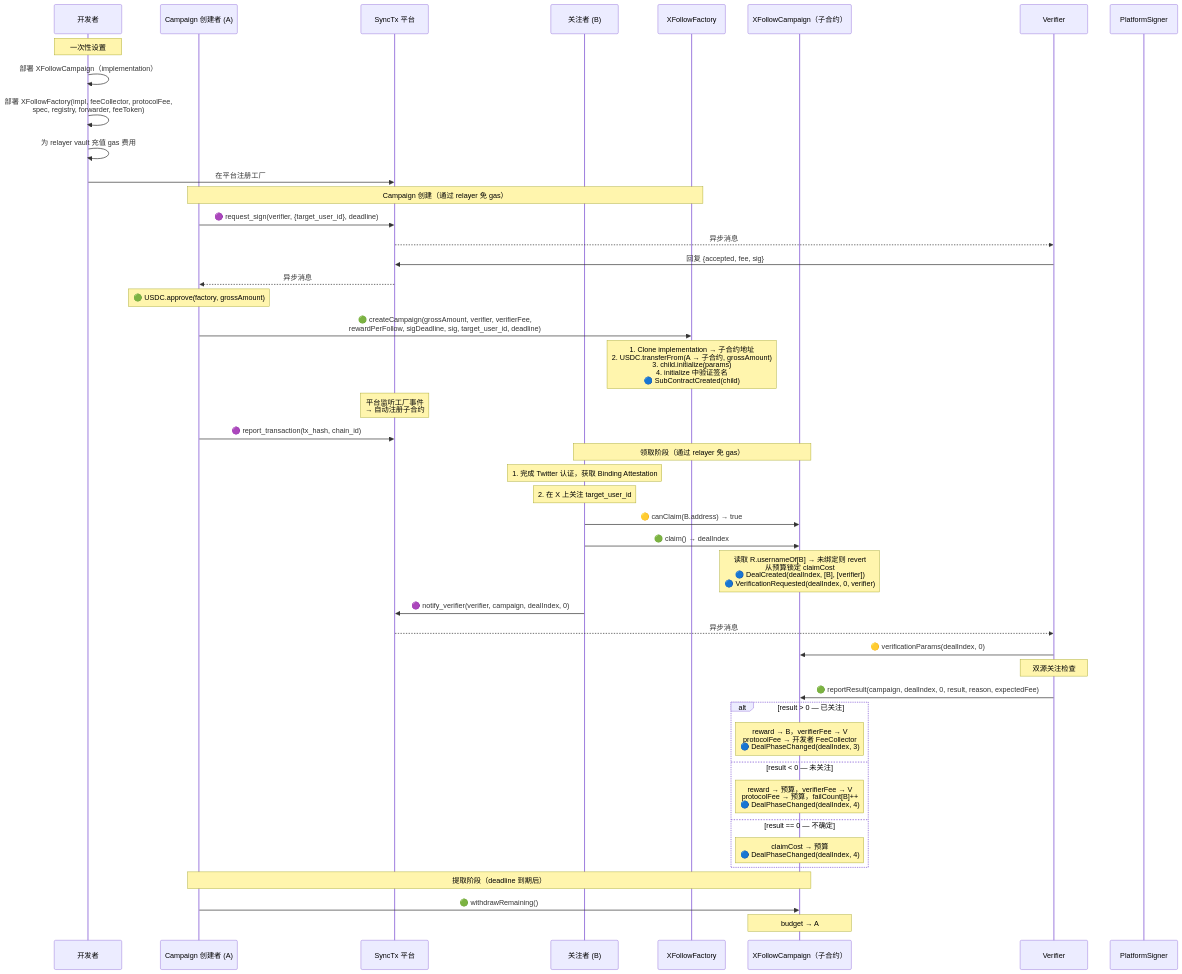
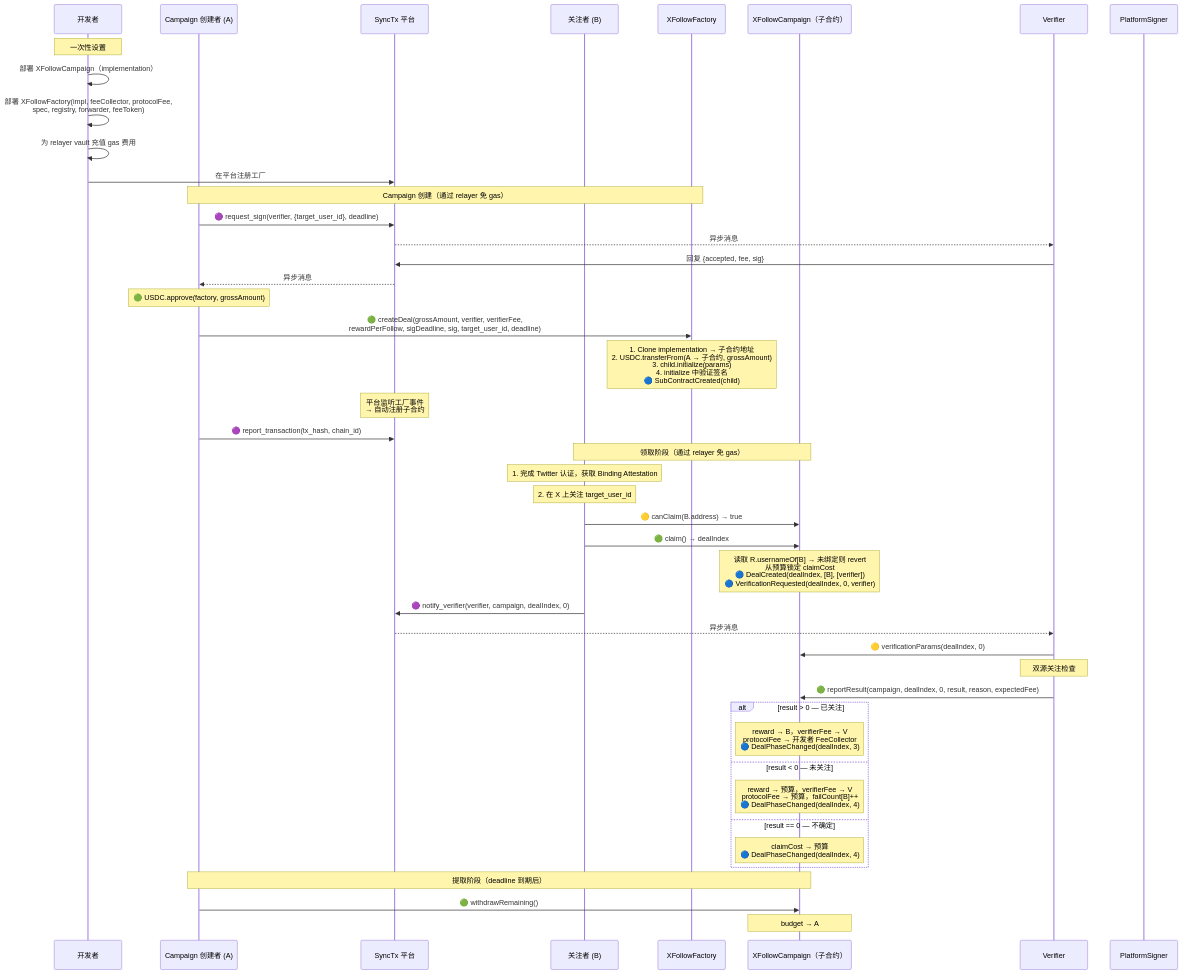
The first of 2 diagrams in examples/x-follow/x-follow-design-zh.md (synctxai/synctx), drawn with Mermaid before and after one commit. The commit also changed other lines of this file and 3 other files, not shown here.

First line of the commit message:
fix(x-follow): userId dedup, closeCampaign, constructor lock, reentrancy guards

````diff
--- a/examples/x-follow/x-follow-design-zh.md
+++ b/examples/x-follow/x-follow-design-zh.md
@@ -220,58 +220,58 @@
 ```mermaid
 sequenceDiagram
     participant Dev as 开发者
     participant A as Campaign 创建者 (A)
     participant P as SyncTx 平台
     participant B as 关注者 (B)
     participant Fac as XFollowFactory
     participant C as XFollowCampaign（子合约）
     participant V as Verifier
     participant PS as PlatformSigner
 
     Note over Dev: 一次性设置
     Dev->>Dev: 部署 XFollowCampaign（implementation）
     Dev->>Dev: 部署 XFollowFactory(impl, feeCollector, protocolFee,<br/>spec, registry, forwarder, feeToken)
     Dev->>Dev: 为 relayer vault 充值 gas 费用
     Dev->>P: 在平台注册工厂
 
     Note over A,Fac: Campaign 创建（通过 relayer 免 gas）
 
     A->>P: 🟣 request_sign(verifier, {target_user_id}, deadline)
     P-->>V: 异步消息
     V->>P: 回复 {accepted, fee, sig}
     P-->>A: 异步消息
 
     Note over A: 🟢 USDC.approve(factory, grossAmount)
-    A->>Fac: 🟢 createCampaign(grossAmount, verifier, verifierFee,<br/>rewardPerFollow, sigDeadline, sig, target_user_id, deadline)
+    A->>Fac: 🟢 createDeal(grossAmount, verifier, verifierFee,<br/>rewardPerFollow, sigDeadline, sig, target_user_id, deadline)
     Note over Fac: 1. Clone implementation → 子合约地址<br/>2. USDC.transferFrom(A → 子合约, grossAmount)<br/>3. child.initialize(params)<br/>4. initialize 中验证签名<br/>🔵 SubContractCreated(child)
     Note over P: 平台监听工厂事件<br/>→ 自动注册子合约
     A->>P: 🟣 report_transaction(tx_hash, chain_id)
 
     Note over B,C: 领取阶段（通过 relayer 免 gas）
 
     Note over B: 1. 完成 Twitter 认证，获取 Binding Attestation
     Note over B: 2. 在 X 上关注 target_user_id
     B->>C: 🟡 canClaim(B.address) → true
     B->>C: 🟢 claim() → dealIndex
     Note over C: 读取 R.usernameOf[B] → 未绑定则 revert<br/>从预算锁定 claimCost<br/>🔵 DealCreated(dealIndex, [B], [verifier])<br/>🔵 VerificationRequested(dealIndex, 0, verifier)
     B->>P: 🟣 notify_verifier(verifier, campaign, dealIndex, 0)
     P-->>V: 异步消息
 
     V->>C: 🟡 verificationParams(dealIndex, 0)
     Note over V: 双源关注检查
 
     V->>C: 🟢 reportResult(campaign, dealIndex, 0, result, reason, expectedFee)
 
     alt result > 0 — 已关注
         Note over C: reward → B，verifierFee → V<br/>protocolFee → 开发者 FeeCollector<br/>🔵 DealPhaseChanged(dealIndex, 3)
     else result < 0 — 未关注
         Note over C: reward → 预算，verifierFee → V<br/>protocolFee → 预算，failCount[B]++<br/>🔵 DealPhaseChanged(dealIndex, 4)
     else result == 0 — 不确定
         Note over C: claimCost → 预算<br/>🔵 DealPhaseChanged(dealIndex, 4)
     end
 
     Note over A,C: 提取阶段（deadline 到期后）
 
     A->>C: 🟢 withdrawRemaining()
     Note over C: budget → A
 ```
````
